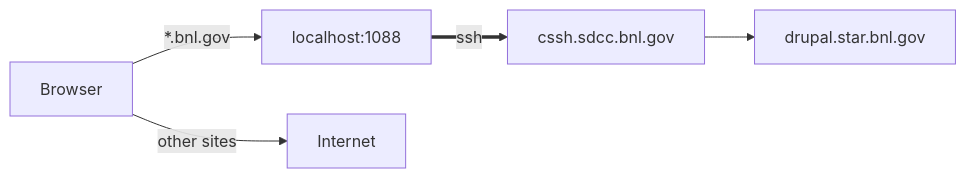
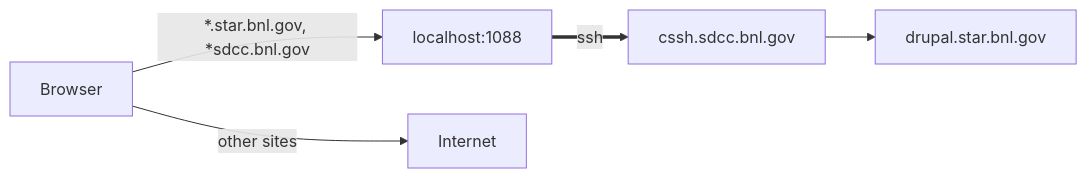
One commit to star-juniors/star-juniors.github.io changed the first of 2 diagrams in docs/drupal_indico.md. Above: the diagram before and after it, drawn with Mermaid. The commit also changed other lines of this file, not shown here.

````diff
--- a/docs/drupal_indico.md
+++ b/docs/drupal_indico.md
@@ -20,6 +20,6 @@
 ```mermaid
 flowchart LR
-    B[Browser] -- "*.bnl.gov" --> P["localhost:1088"]
+    B[Browser] -- "*.star.bnl.gov, *sdcc.bnl.gov" --> P["localhost:1088"]
     B -- "other sites" --> I[Internet]
     P == ssh ==> G[cssh.sdcc.bnl.gov] --> D[drupal.star.bnl.gov]
 ```
````
